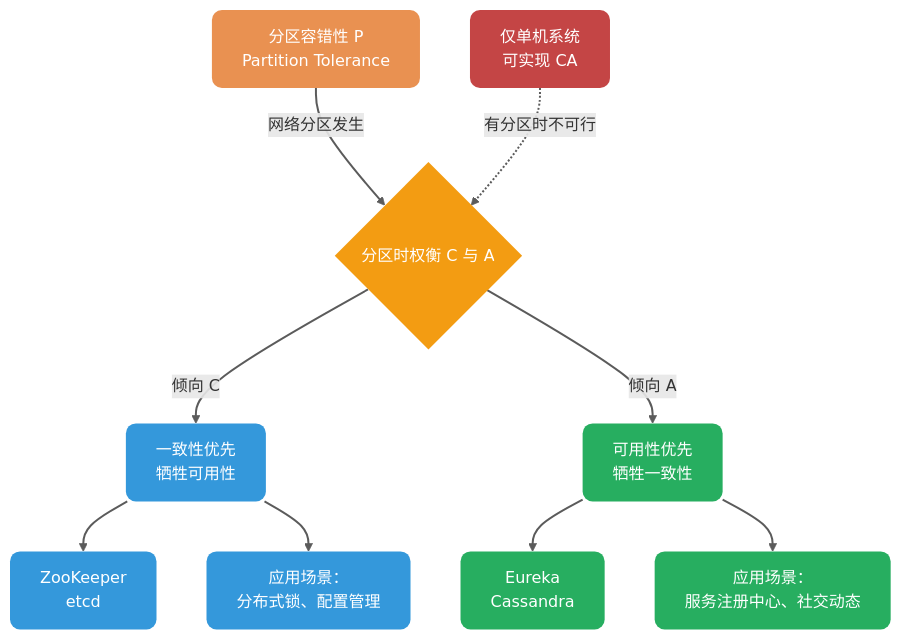
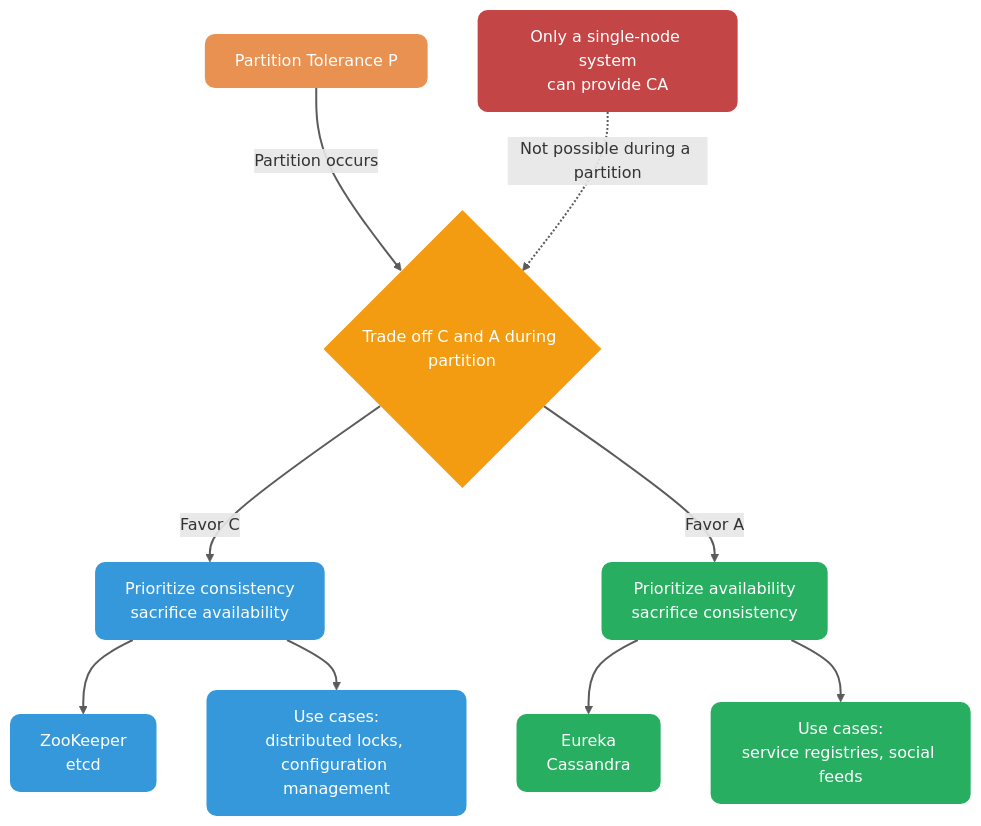
Before and after one commit to m3h3d1/JavaGuideEn: the first of 5 diagrams in docs/distributed-system/protocol/cap-and-base-theorem.md, drawn with Mermaid. The commit also changed other lines of this file and 16 other files, not shown here.

````diff
--- a/docs/distributed-system/protocol/cap-and-base-theorem.md
+++ b/docs/distributed-system/protocol/cap-and-base-theorem.md
@@ -70,24 +64,24 @@
 ```mermaid
 flowchart TB
-    %% 核心语义配色
+    %% Core semantic colors
     classDef cap fill:#E99151,color:#FFFFFF,stroke:none,rx:10,ry:10
     classDef cp fill:#3498DB,color:#FFFFFF,stroke:none,rx:10,ry:10
     classDef ap fill:#27AE60,color:#FFFFFF,stroke:none,rx:10,ry:10
     classDef caution fill:#F39C12,color:#FFFFFF,stroke:none,rx:10,ry:10
     classDef danger fill:#C44545,color:#FFFFFF,stroke:none,rx:10,ry:10
 
-    P[分区容错性 P<br/>Partition Tolerance]:::cap
-    P -->|网络分区发生| Choice{分区时权衡 C 与 A}:::caution
-    Choice -->|倾向 C| CP[一致性优先<br/>牺牲可用性]:::cp
-    Choice -->|倾向 A| AP[可用性优先<br/>牺牲一致性]:::ap
+    P[Partition Tolerance P]:::cap
+    P -->|Partition occurs| Choice{Trade off C and A during partition}:::caution
+    Choice -->|Favor C| CP[Prioritize consistency<br/>sacrifice availability]:::cp
+    Choice -->|Favor A| AP[Prioritize availability<br/>sacrifice consistency]:::ap
 
-    CP --> ZK[ ZooKeeper<br/>etcd ]:::cp
-    CP --> UseCP[应用场景：<br/>分布式锁、配置管理]:::cp
+    CP --> ZK[ZooKeeper<br/>etcd]:::cp
+    CP --> UseCP[Use cases:<br/>distributed locks, configuration management]:::cp
 
-    AP --> Eureka[ Eureka<br/>Cassandra ]:::ap
-    AP --> UseAP[应用场景：<br/>服务注册中心、社交动态]:::ap
+    AP --> Eureka[Eureka<br/>Cassandra]:::ap
+    AP --> UseAP[Use cases:<br/>service registries, social feeds]:::ap
 
-    CA[仅单机系统<br/>可实现 CA]:::danger -.->|有分区时不可行| Choice
+    CA[Only a single-node system<br/>can provide CA]:::danger -.->|Not possible during a partition| Choice
 
     linkStyle default stroke-width:2px,stroke:#333333,opacity:0.8
 ```
````
